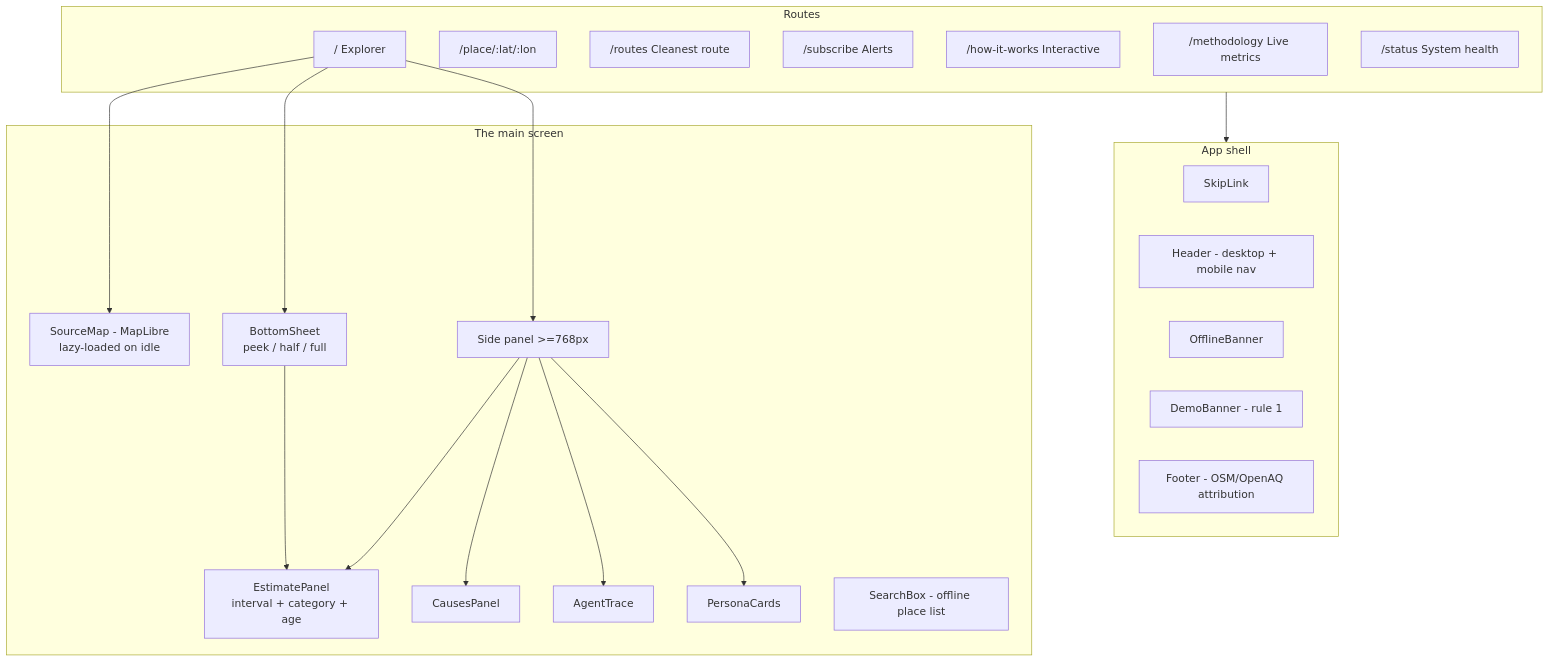
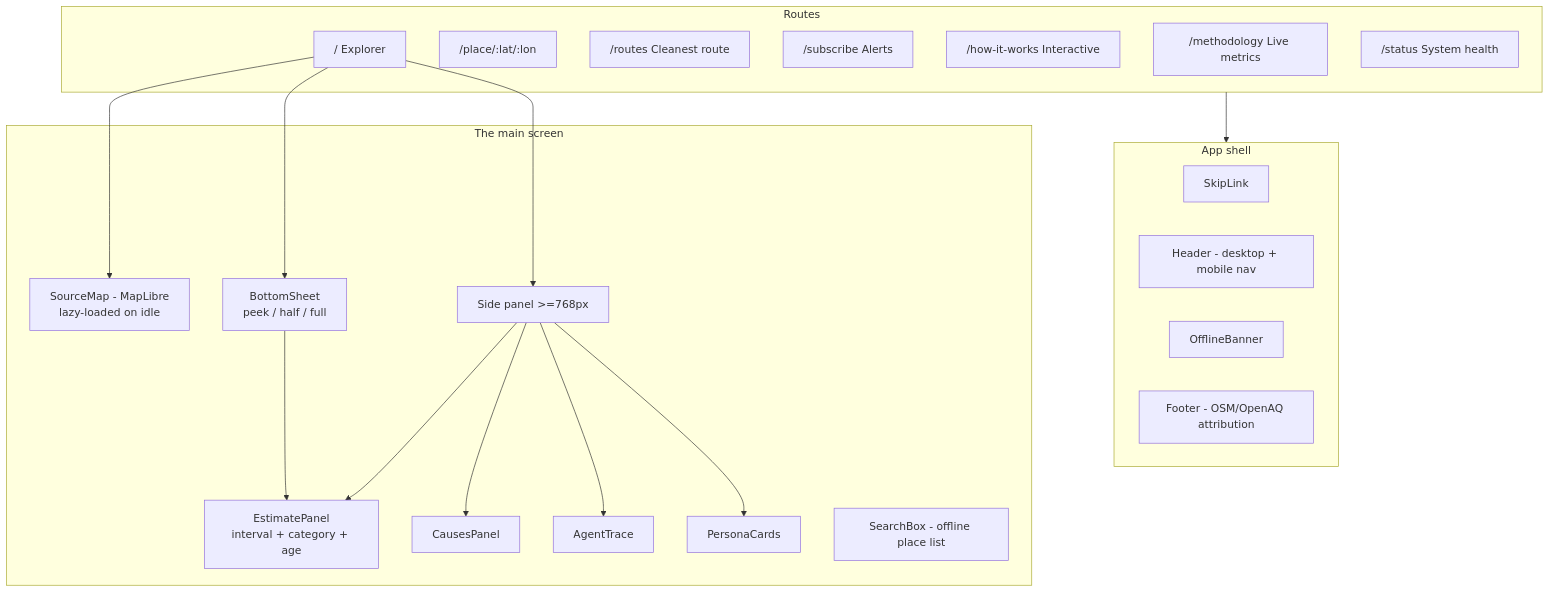
Before and after one commit to FiscalMindset/aqi: the diagram in docs/FRONTEND.md, drawn with Mermaid. The commit also changed other lines of this file and 19 other files, not shown here.

````diff
--- a/docs/FRONTEND.md
+++ b/docs/FRONTEND.md
@@ -7,38 +7,37 @@
 ```mermaid
 flowchart TB
     subgraph Shell[App shell]
         SL[SkipLink]
         HD[Header - desktop + mobile nav]
         OB[OfflineBanner]
-        DB[DemoBanner - rule 1]
         FT[Footer - OSM/OpenAQ attribution]
     end
     subgraph Routes[Routes]
         EX["/ Explorer"]
         PL["/place/:lat/:lon"]
         RT["/routes Cleanest route"]
         SB["/subscribe Alerts"]
         HI["/how-it-works Interactive"]
         ME["/methodology Live metrics"]
         ST["/status System health"]
     end
     subgraph Explorer[The main screen]
         MAP[SourceMap - MapLibre<br/>lazy-loaded on idle]
         PANEL[EstimatePanel<br/>interval + category + age]
         SHEET[BottomSheet<br/>peek / half / full]
         SIDE[Side panel >=768px]
         CAUSES[CausesPanel]
         TRACE[AgentTrace]
         PERSONA[PersonaCards]
         SEARCH[SearchBox - offline place list]
     end
     Routes --> Shell
     EX --> MAP
     EX --> SHEET
     EX --> SIDE
     SHEET --> PANEL
     SIDE --> PANEL
     SIDE --> CAUSES
     SIDE --> TRACE
     SIDE --> PERSONA
 ```
````
